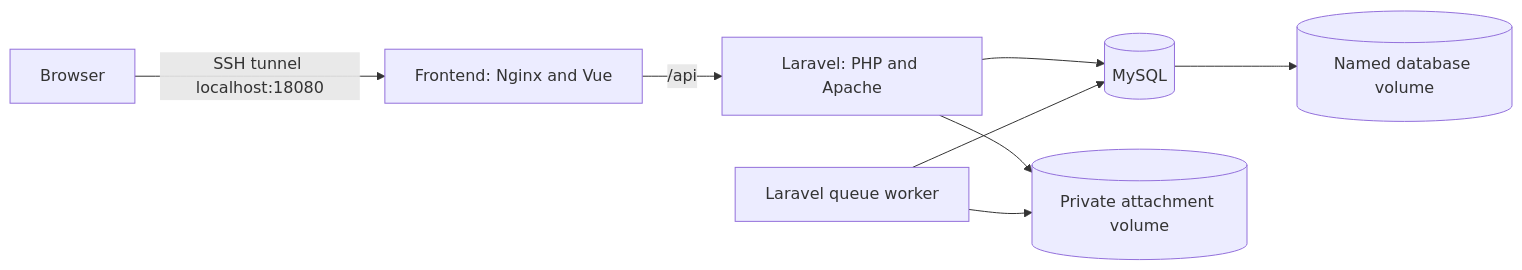
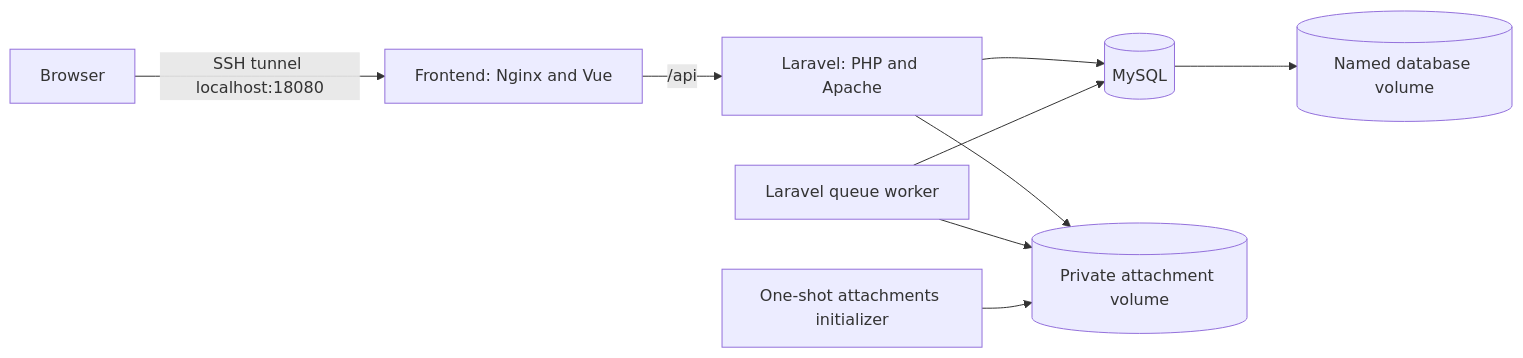
Before and after one commit to Sama-Mokom/CampusDesk: the second of 2 diagrams in CI-CD.md, drawn with Mermaid. The commit also changed other lines of this file and 18 other files, not shown here.

````diff
--- a/CI-CD.md
+++ b/CI-CD.md
@@ -68,10 +65,11 @@
 ```mermaid
 flowchart LR
     Browser -->|SSH tunnel localhost:18080| Web[Frontend: Nginx and Vue]
     Web -->|/api| API[Laravel: PHP and Apache]
     API --> DB[(MySQL)]
     Worker[Laravel queue worker] --> DB
     API --> Uploads[(Private attachment volume)]
     Worker --> Uploads
+    Init[One-shot attachments initializer] --> Uploads
     DB --> Data[(Named database volume)]
 ```
````
